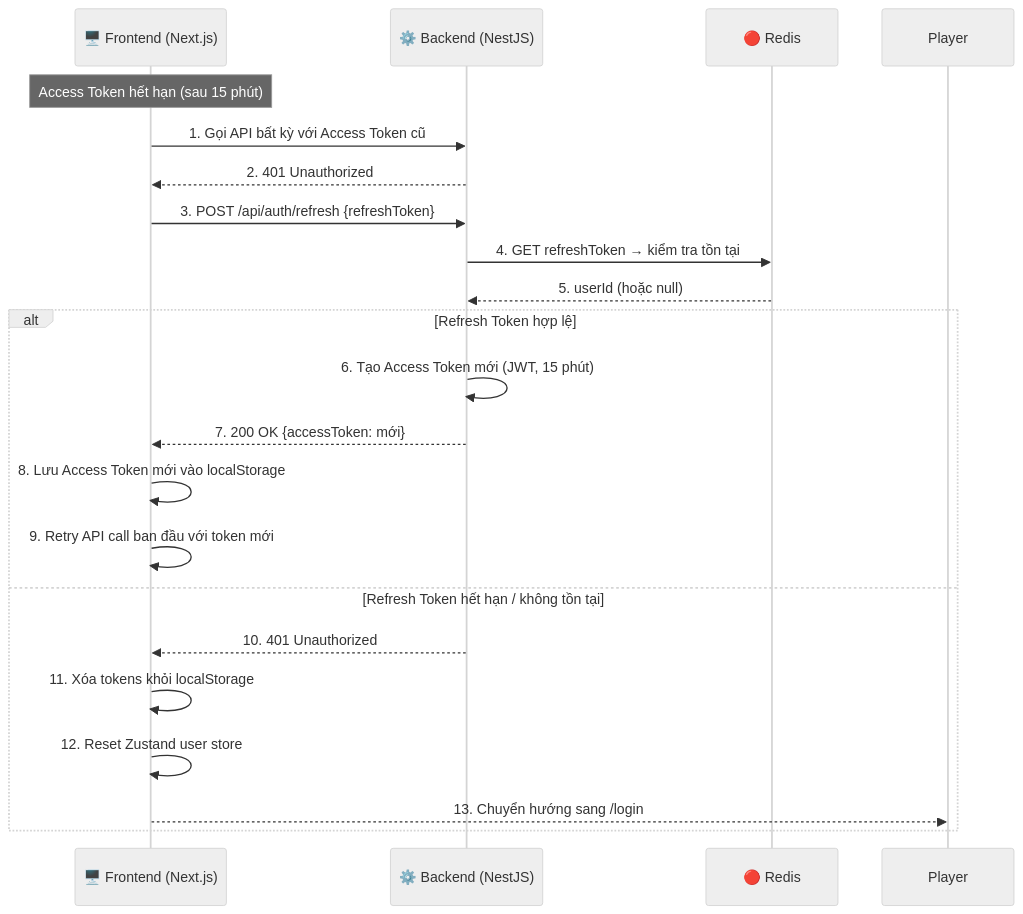
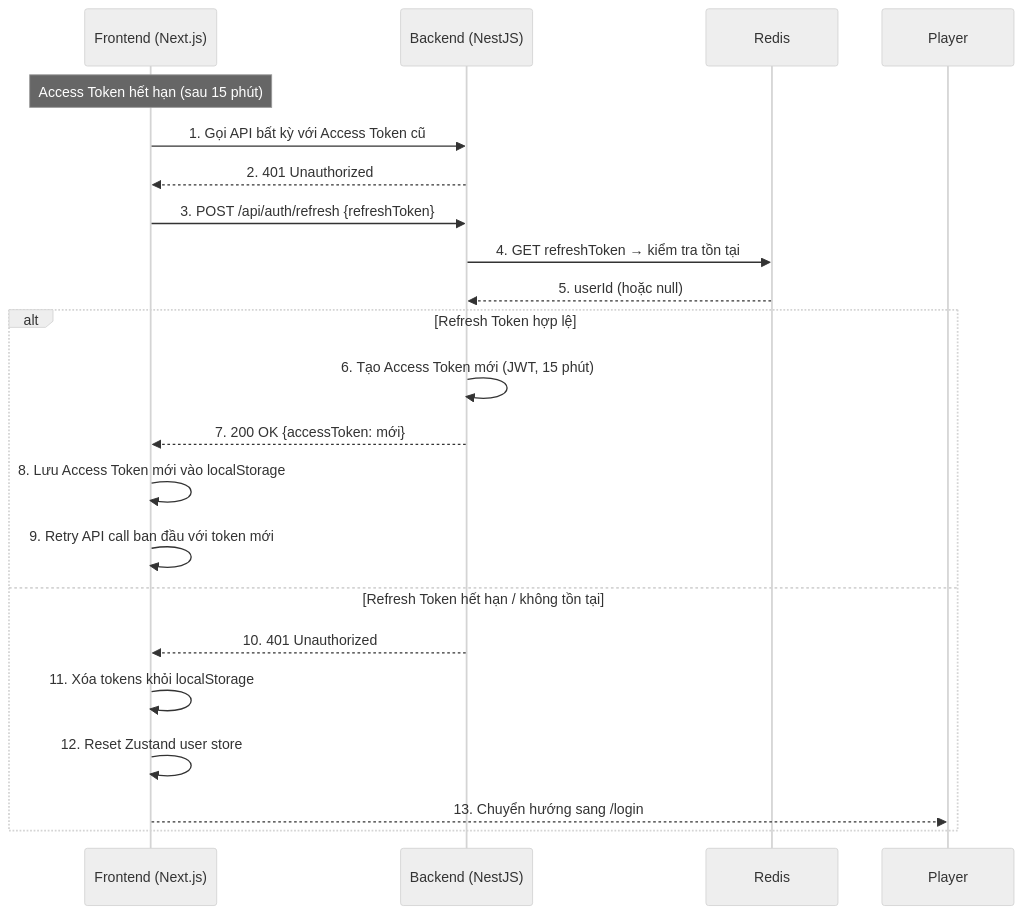
Before and after one commit to legiabao0907/web-chess-real-time: the third of 22 diagrams in docs/sequence-diagrams.md, drawn with Mermaid (neutral theme). The commit also changed other lines of this file, not shown here.

````diff
--- a/docs/sequence-diagrams.md
+++ b/docs/sequence-diagrams.md
@@ -127,26 +127,26 @@
 ```mermaid
 sequenceDiagram
-    participant FE as 🖥️ Frontend (Next.js)
-    participant BE as ⚙️ Backend (NestJS)
-    participant Redis as 🔴 Redis
+ participant FE as Frontend (Next.js)
+ participant BE as Backend (NestJS)
+ participant Redis as Redis
 
-    Note over FE: Access Token hết hạn (sau 15 phút)
-    FE->>BE: 1. Gọi API bất kỳ với Access Token cũ
-    BE-->>FE: 2. 401 Unauthorized
+ Note over FE: Access Token hết hạn (sau 15 phút)
+ FE->>BE: 1. Gọi API bất kỳ với Access Token cũ
+ BE-->>FE: 2. 401 Unauthorized
 
-    FE->>BE: 3. POST /api/auth/refresh {refreshToken}
-    BE->>Redis: 4. GET refreshToken → kiểm tra tồn tại
-    Redis-->>BE: 5. userId (hoặc null)
+ FE->>BE: 3. POST /api/auth/refresh {refreshToken}
+ BE->>Redis: 4. GET refreshToken → kiểm tra tồn tại
+ Redis-->>BE: 5. userId (hoặc null)
 
-    alt Refresh Token hợp lệ
-        BE->>BE: 6. Tạo Access Token mới (JWT, 15 phút)
-        BE-->>FE: 7. 200 OK {accessToken: mới}
-        FE->>FE: 8. Lưu Access Token mới vào localStorage
-        FE->>FE: 9. Retry API call ban đầu với token mới
-    else Refresh Token hết hạn / không tồn tại
-        BE-->>FE: 10. 401 Unauthorized
-        FE->>FE: 11. Xóa tokens khỏi localStorage
-        FE->>FE: 12. Reset Zustand user store
-        FE-->>Player: 13. Chuyển hướng sang /login
-    end
+ alt Refresh Token hợp lệ
+ BE->>BE: 6. Tạo Access Token mới (JWT, 15 phút)
+ BE-->>FE: 7. 200 OK {accessToken: mới}
+ FE->>FE: 8. Lưu Access Token mới vào localStorage
+ FE->>FE: 9. Retry API call ban đầu với token mới
+ else Refresh Token hết hạn / không tồn tại
+ BE-->>FE: 10. 401 Unauthorized
+ FE->>FE: 11. Xóa tokens khỏi localStorage
+ FE->>FE: 12. Reset Zustand user store
+ FE-->>Player: 13. Chuyển hướng sang /login
+ end
 ```
````
